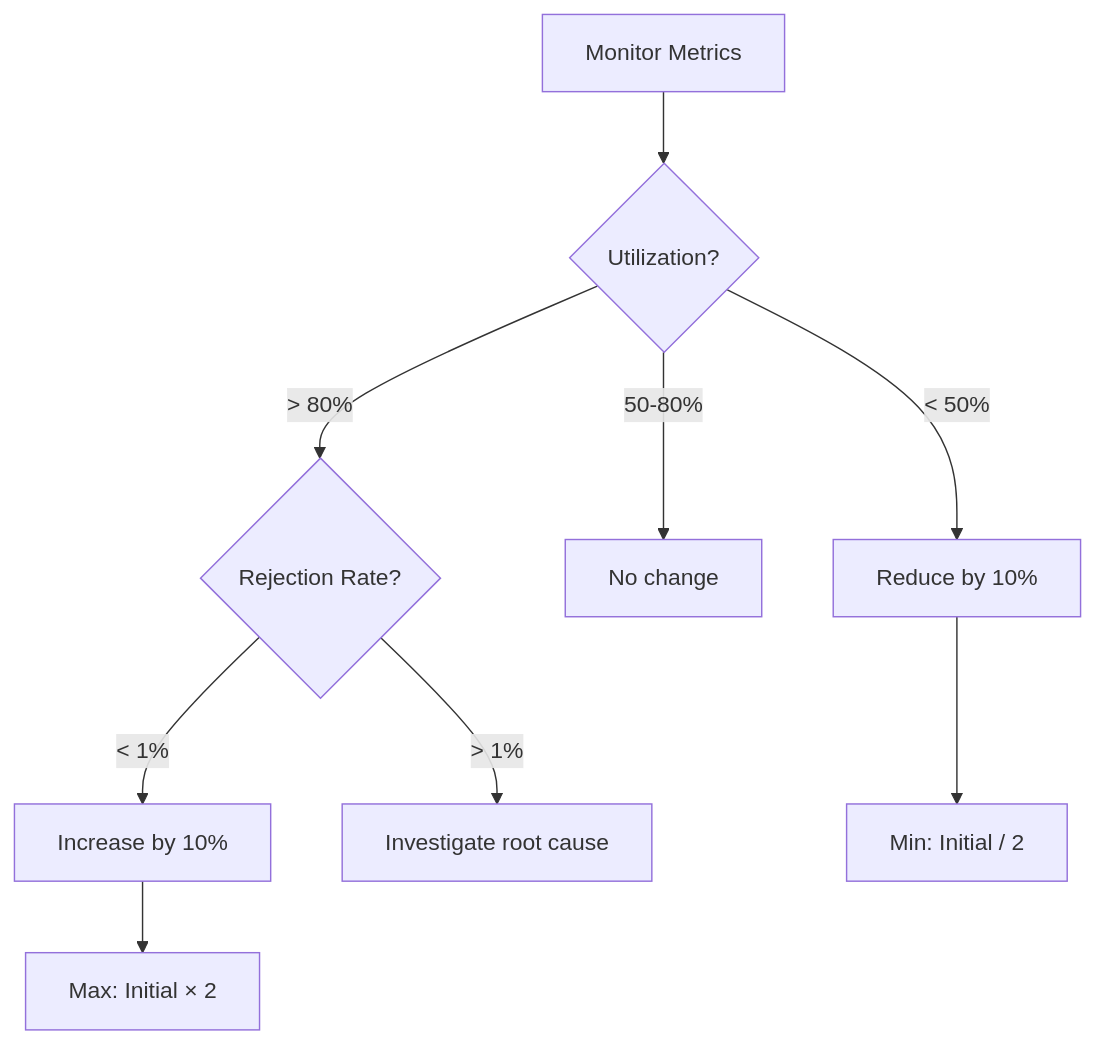
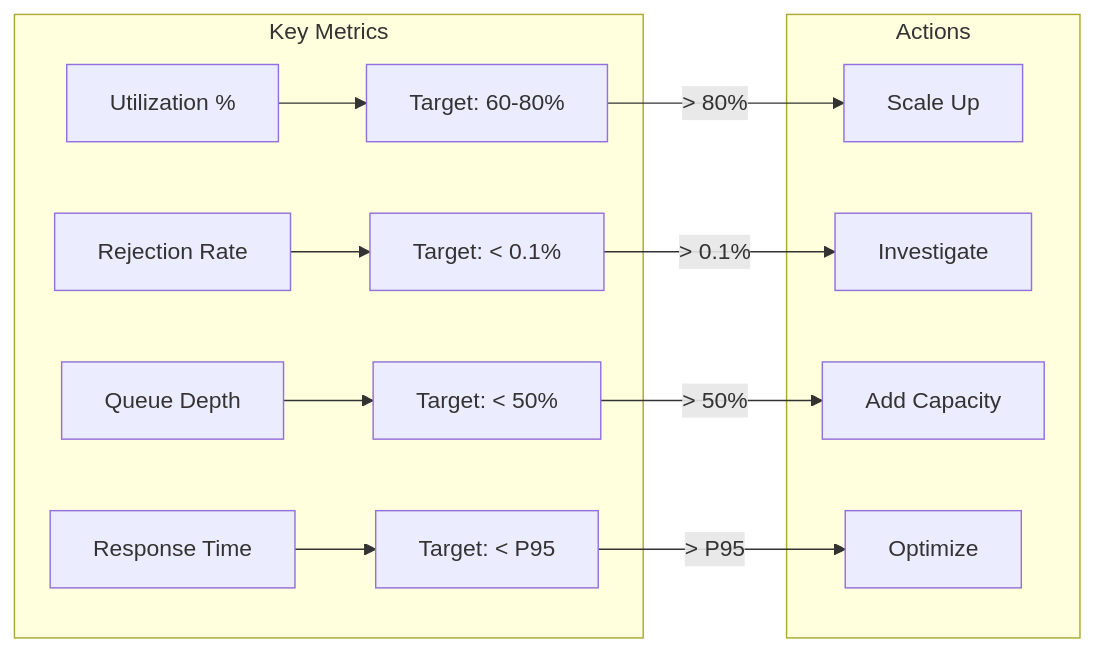
Before and after one commit to deepaucksharma/DStudio: the fourth of 6 diagrams in docs/pattern-library/resilience/bulkhead.md, drawn with Mermaid. The commit also changed other lines of this file and 119 other files, not shown here.

````diff
--- a/docs/pattern-library/resilience/bulkhead.md
+++ b/docs/pattern-library/resilience/bulkhead.md
@@ -197,12 +219,16 @@
 ```mermaid
-graph TD
-    A[Monitor Metrics] --> B{Utilization?}
-    B -->|< 50%| C[Reduce by 10%]
-    B -->|50-80%| D[No change]
-    B -->|> 80%| E{Rejection Rate?}
-    E -->|< 1%| F[Increase by 10%]
-    E -->|> 1%| G[Investigate root cause]
+graph LR
+    subgraph "Key Metrics"
+        A[Utilization %] --> A1[Target: 60-80%]
+        B[Rejection Rate] --> B1[Target: < 0.1%]
+        C[Queue Depth] --> C1[Target: < 50%]
+        D[Response Time] --> D1[Target: < P95]
+    end
     
-    C --> H[Min: Initial / 2]
-    F --> I[Max: Initial × 2]
+    subgraph "Actions"
+        A1 -->|> 80%| E[Scale Up]
+        B1 -->|> 0.1%| F[Investigate]
+        C1 -->|> 50%| G[Add Capacity]
+        D1 -->|> P95| H[Optimize]
+    end
 ```
````
